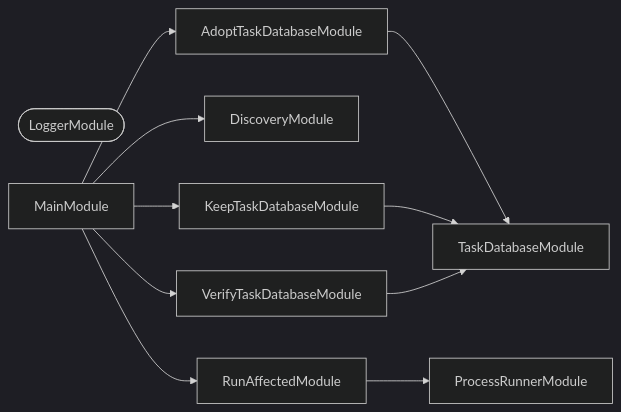
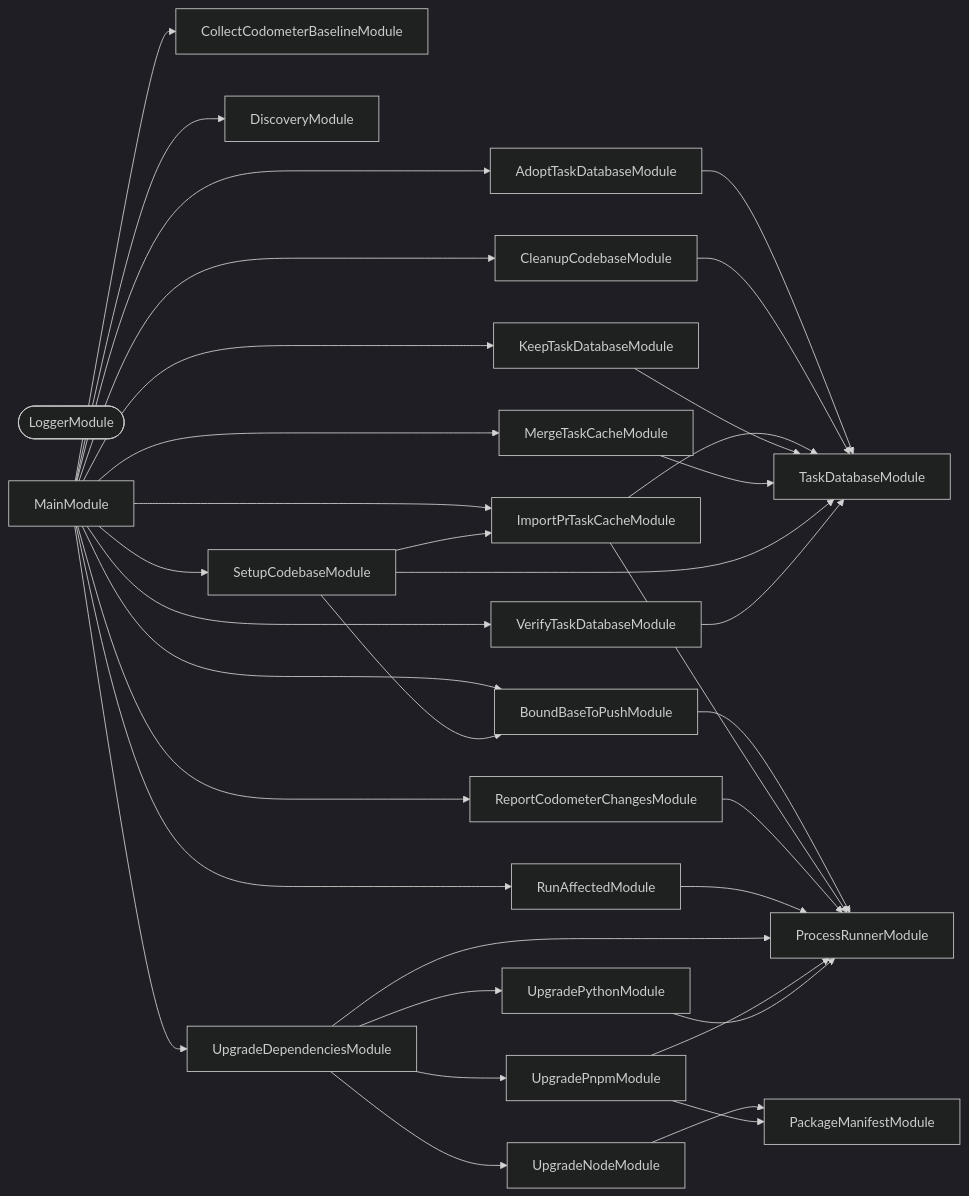
The second of 3 diagrams in integration/README.md (organizzolini/codebase), drawn with Mermaid (dark theme) before and after one commit. The commit also changed other lines of this file and 183 other files, not shown here.

````diff
--- a/integration/README.md
+++ b/integration/README.md
@@ -176,21 +331,58 @@
 ```mermaid
 flowchart LR
   AdoptTaskDatabaseModule
+  BoundBaseToPushModule
+  CleanupCodebaseModule
+  CollectCodometerBaselineModule
   DiscoveryModule
+  ImportPrTaskCacheModule
   KeepTaskDatabaseModule
   LoggerModule([LoggerModule])
   MainModule
+  MergeTaskCacheModule
+  PackageManifestModule
   ProcessRunnerModule
+  ReportCodometerChangesModule
   RunAffectedModule
+  SetupCodebaseModule
   TaskDatabaseModule
+  UpgradeDependenciesModule
+  UpgradeNodeModule
+  UpgradePnpmModule
+  UpgradePythonModule
   VerifyTaskDatabaseModule
   AdoptTaskDatabaseModule --> TaskDatabaseModule
+  BoundBaseToPushModule --> ProcessRunnerModule
+  CleanupCodebaseModule --> TaskDatabaseModule
+  ImportPrTaskCacheModule --> ProcessRunnerModule
+  ImportPrTaskCacheModule --> TaskDatabaseModule
   KeepTaskDatabaseModule --> TaskDatabaseModule
   MainModule --> AdoptTaskDatabaseModule
+  MainModule --> BoundBaseToPushModule
+  MainModule --> CleanupCodebaseModule
+  MainModule --> CollectCodometerBaselineModule
   MainModule --> DiscoveryModule
+  MainModule --> ImportPrTaskCacheModule
   MainModule --> KeepTaskDatabaseModule
+  MainModule --> MergeTaskCacheModule
+  MainModule --> ReportCodometerChangesModule
   MainModule --> RunAffectedModule
+  MainModule --> SetupCodebaseModule
+  MainModule --> UpgradeDependenciesModule
   MainModule --> VerifyTaskDatabaseModule
+  MergeTaskCacheModule --> TaskDatabaseModule
+  ReportCodometerChangesModule --> ProcessRunnerModule
   RunAffectedModule --> ProcessRunnerModule
+  SetupCodebaseModule --> BoundBaseToPushModule
+  SetupCodebaseModule --> ImportPrTaskCacheModule
+  SetupCodebaseModule --> TaskDatabaseModule
+  UpgradeDependenciesModule --> ProcessRunnerModule
+  UpgradeDependenciesModule --> UpgradeNodeModule
+  UpgradeDependenciesModule --> UpgradePnpmModule
+  UpgradeDependenciesModule --> UpgradePythonModule
+  UpgradeNodeModule --> PackageManifestModule
+  UpgradePnpmModule --> PackageManifestModule
+  UpgradePnpmModule --> ProcessRunnerModule
+  UpgradePythonModule --> ProcessRunnerModule
   VerifyTaskDatabaseModule --> TaskDatabaseModule
 ```
````
